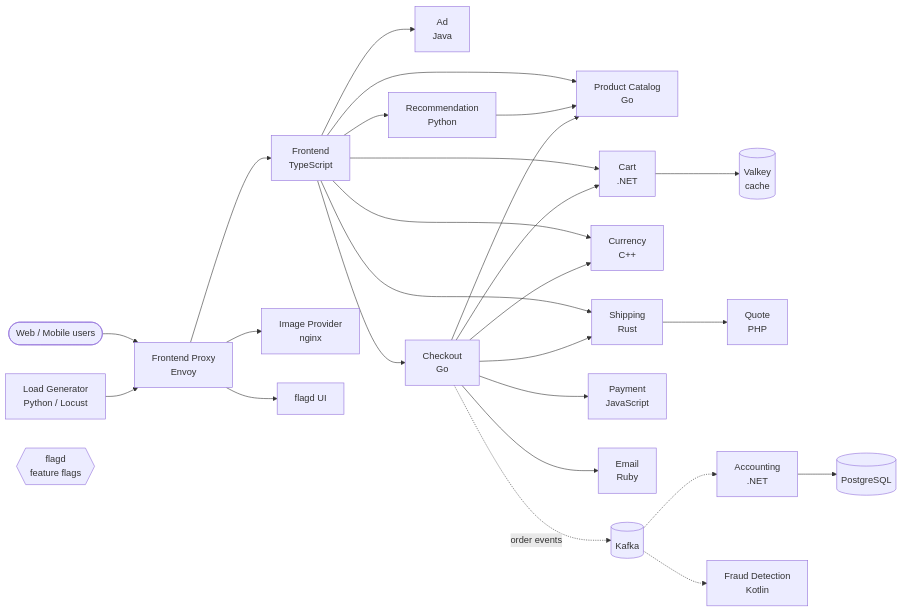
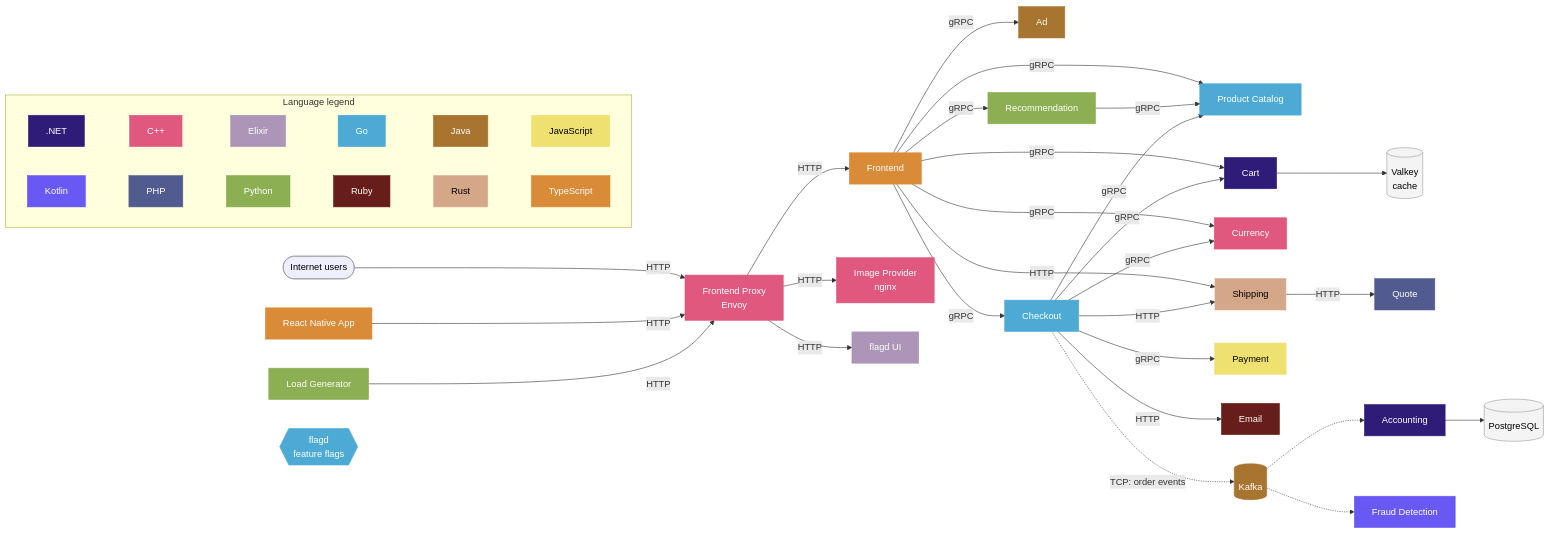
The diagram in README.md (icbannerman/astronomy-ecommerce-shop-project), drawn with Mermaid before and after one commit. The commit also changed other lines of this file, not shown here.

Commit message:
Color-code architecture diagram by service language
Uses the same language palette as the official OpenTelemetry demo diagram,
adds a legend, protocol labels on each call, and the React Native client.

````diff
--- a/README.md
+++ b/README.md
@@ -15,35 +16,72 @@
 ```mermaid
 flowchart LR
-    user([Web / Mobile users]) --> proxy
-    lg[Load Generator<br/>Python / Locust] --> proxy
+    user([Internet users]) -- HTTP --> proxy
+    mobile[React Native App] -- HTTP --> proxy
+    lg[Load Generator] -- HTTP --> proxy
 
-    proxy[Frontend Proxy<br/>Envoy] --> frontend[Frontend<br/>TypeScript]
-    proxy --> imgp[Image Provider<br/>nginx]
-    proxy --> flagdui[flagd UI]
+    proxy[Frontend Proxy<br/>Envoy] -- HTTP --> frontend[Frontend]
+    proxy -- HTTP --> imgp[Image Provider<br/>nginx]
+    proxy -- HTTP --> flagdui[flagd UI]
 
-    frontend --> ad[Ad<br/>Java]
-    frontend --> rec[Recommendation<br/>Python]
-    frontend --> catalog[Product Catalog<br/>Go]
-    frontend --> cart
-    frontend --> currency
-    frontend --> shipping
-    frontend --> checkout[Checkout<br/>Go]
+    frontend -- gRPC --> ad[Ad]
+    frontend -- gRPC --> rec[Recommendation]
+    frontend -- gRPC --> catalog[Product Catalog]
+    frontend -- gRPC --> cart[Cart]
+    frontend -- gRPC --> currency[Currency]
+    frontend -- HTTP --> shipping[Shipping]
+    frontend -- gRPC --> checkout[Checkout]
 
-    rec --> catalog
-    cart[Cart<br/>.NET] --> valkey[(Valkey<br/>cache)]
+    rec -- gRPC --> catalog
+    cart --> valkey[(Valkey<br/>cache)]
 
-    checkout --> cart
-    checkout --> catalog
-    checkout --> currency[Currency<br/>C++]
-    checkout --> payment[Payment<br/>JavaScript]
-    checkout --> email[Email<br/>Ruby]
-    checkout --> shipping[Shipping<br/>Rust]
-    shipping --> quote[Quote<br/>PHP]
+    checkout -- gRPC --> cart
+    checkout -- gRPC --> catalog
+    checkout -- gRPC --> currency
+    checkout -- gRPC --> payment[Payment]
+    checkout -- HTTP --> email[Email]
+    checkout -- HTTP --> shipping
+    shipping -- HTTP --> quote[Quote]
 
-    checkout -. order events .-> kafka[(Kafka)]
-    kafka -.-> acct[Accounting<br/>.NET]
-    kafka -.-> fraud[Fraud Detection<br/>Kotlin]
+    checkout -. TCP: order events .-> kafka[(Kafka)]
+    kafka -.-> acct[Accounting]
+    kafka -.-> fraud[Fraud Detection]
     acct --> pg[(PostgreSQL)]
 
     flagd{{flagd<br/>feature flags}}
+
+    subgraph legend [Language legend]
+        direction LR
+        L1[.NET]:::dotnet ~~~ L2[C++]:::cpp ~~~ L3[Elixir]:::elixir ~~~ L4[Go]:::go ~~~ L5[Java]:::java ~~~ L6[JavaScript]:::js
+        L7[Kotlin]:::kotlin ~~~ L8[PHP]:::php ~~~ L9[Python]:::python ~~~ L10[Ruby]:::ruby ~~~ L11[Rust]:::rust ~~~ L12[TypeScript]:::ts
+    end
+
+    classDef dotnet fill:#2f1c79,stroke:#2f1c79,color:#fff
+    classDef cpp fill:#e0587e,stroke:#e0587e,color:#fff
+    classDef elixir fill:#ac95b7,stroke:#ac95b7,color:#fff
+    classDef go fill:#4daad4,stroke:#4daad4,color:#fff
+    classDef java fill:#a77530,stroke:#a77530,color:#fff
+    classDef js fill:#eee170,stroke:#eee170,color:#000
+    classDef kotlin fill:#6859f5,stroke:#6859f5,color:#fff
+    classDef php fill:#515b8f,stroke:#515b8f,color:#fff
+    classDef python fill:#8caf53,stroke:#8caf53,color:#fff
+    classDef ruby fill:#671e1a,stroke:#671e1a,color:#fff
+    classDef rust fill:#d4a788,stroke:#d4a788,color:#000
+    classDef ts fill:#da8b38,stroke:#da8b38,color:#fff
+    classDef ext fill:#eeeeff,stroke:#999,color:#000
+    classDef store fill:#f4f4f4,stroke:#999,color:#000
+
+    class acct,cart dotnet
+    class proxy,imgp,currency cpp
+    class flagdui elixir
+    class catalog,checkout,flagd go
+    class ad,kafka java
+    class payment js
+    class fraud kotlin
+    class quote php
+    class lg,rec python
+    class email ruby
+    class shipping rust
+    class frontend,mobile ts
+    class user ext
+    class valkey,pg store
 ```
````
